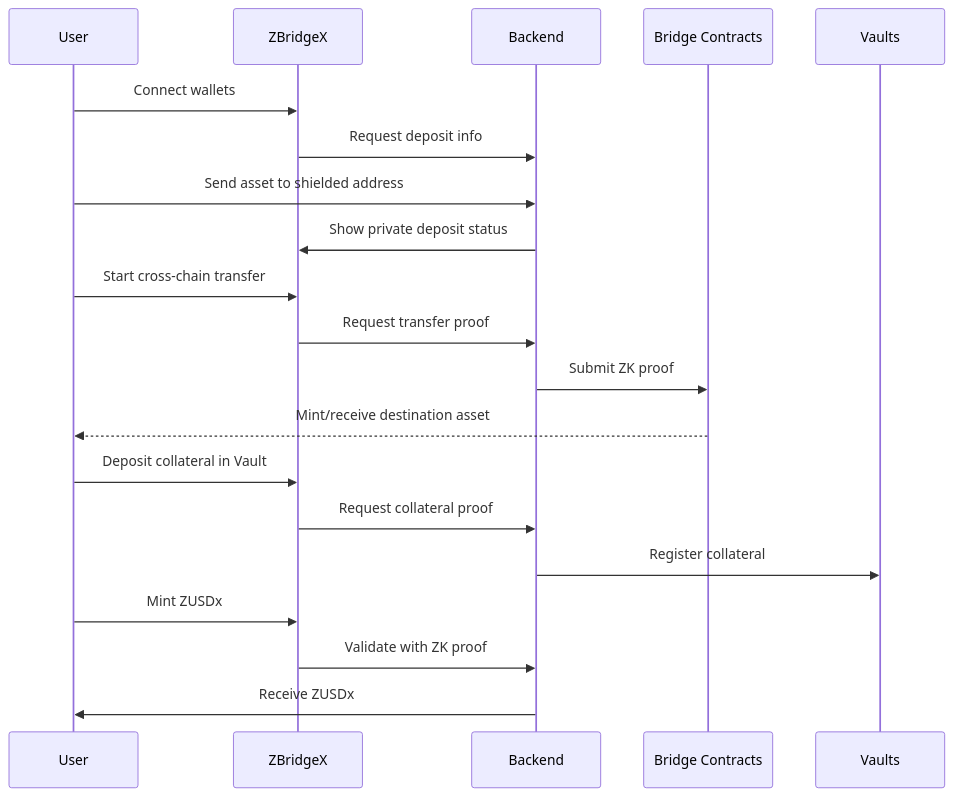
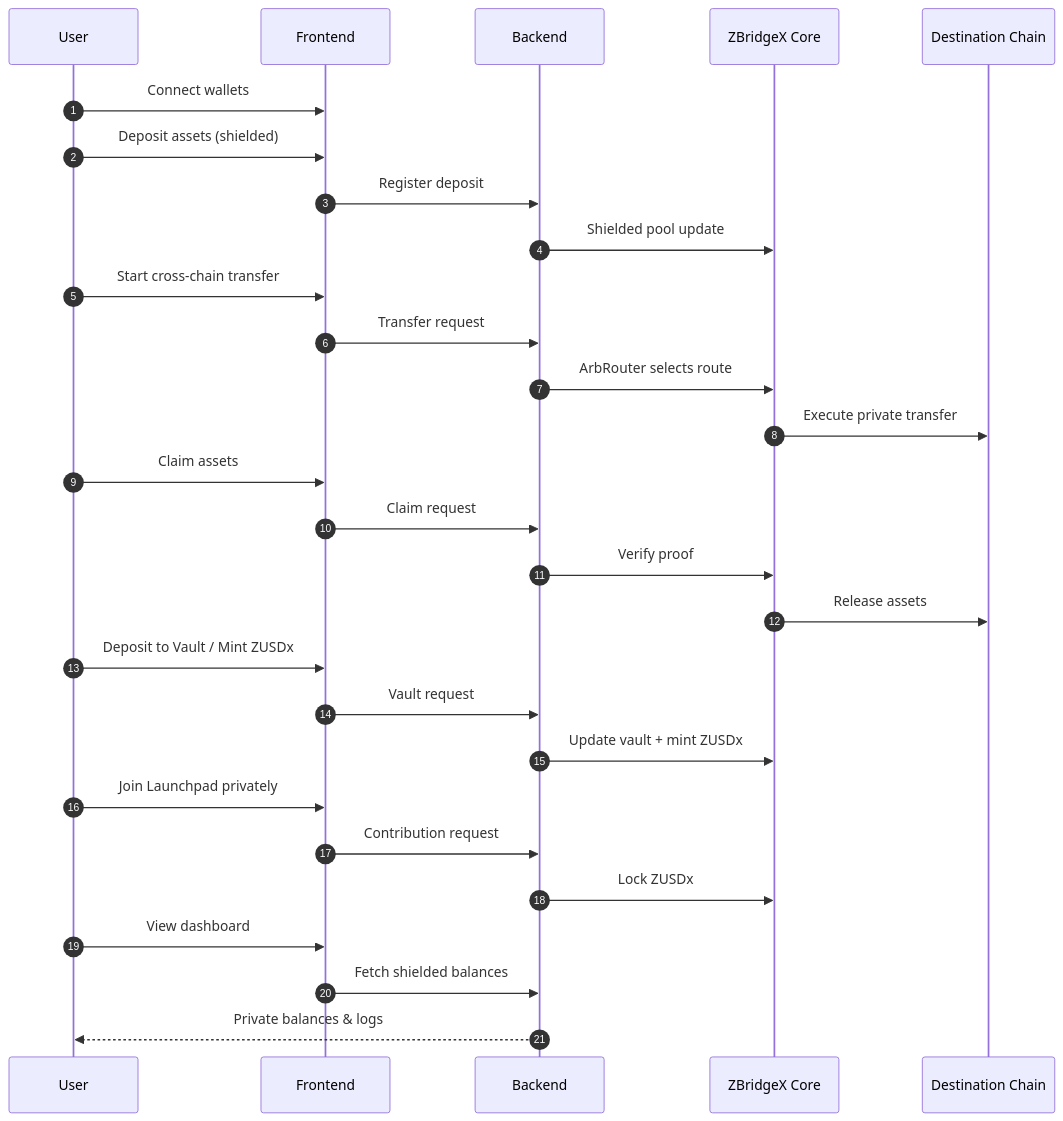
Before and after one commit to ZBridgeX/zbridgex-mvp: the first of 2 diagrams in README.md, drawn with Mermaid. The commit also changed other lines of this file, not shown here.

````diff
--- a/README.md
+++ b/README.md
@@ -91,25 +92,38 @@
 ```mermaid
 sequenceDiagram
+    autonumber
+
     participant U as User
-    participant ZBridgeX as ZBridgeX
+    participant FE as Frontend
     participant BE as Backend
-    participant BC as Bridge Contracts
-    participant V as Vaults
+    participant CORE as ZBridgeX Core
+    participant BC as Destination Chain
 
-    U->>ZBridgeX: Connect wallets
-    ZBridgeX->>BE: Request deposit info
-    U->>BE: Send asset to shielded address
-    BE->>ZBridgeX: Show private deposit status
+    U->>FE: Connect wallets
+    U->>FE: Deposit assets (shielded)
+    FE->>BE: Register deposit
+    BE->>CORE: Shielded pool update
 
-    U->>ZBridgeX: Start cross-chain transfer
-    ZBridgeX->>BE: Request transfer proof
-    BE->>BC: Submit ZK proof
-    BC-->>U: Mint/receive destination asset
+    U->>FE: Start cross-chain transfer
+    FE->>BE: Transfer request
+    BE->>CORE: ArbRouter selects route
+    CORE->>BC: Execute private transfer
 
-    U->>ZBridgeX: Deposit collateral in Vault
-    ZBridgeX->>BE: Request collateral proof
-    BE->>V: Register collateral
-    U->>ZBridgeX: Mint ZUSDx
-    ZBridgeX->>BE: Validate with ZK proof
-    BE->>U: Receive ZUSDx
+    U->>FE: Claim assets
+    FE->>BE: Claim request
+    BE->>CORE: Verify proof
+    CORE->>BC: Release assets
+
+    U->>FE: Deposit to Vault / Mint ZUSDx
+    FE->>BE: Vault request
+    BE->>CORE: Update vault + mint ZUSDx
+
+    U->>FE: Join Launchpad privately
+    FE->>BE: Contribution request
+    BE->>CORE: Lock ZUSDx
+
+    U->>FE: View dashboard
+    FE->>BE: Fetch shielded balances
+    BE-->>U: Private balances & logs
+
 ```
````
